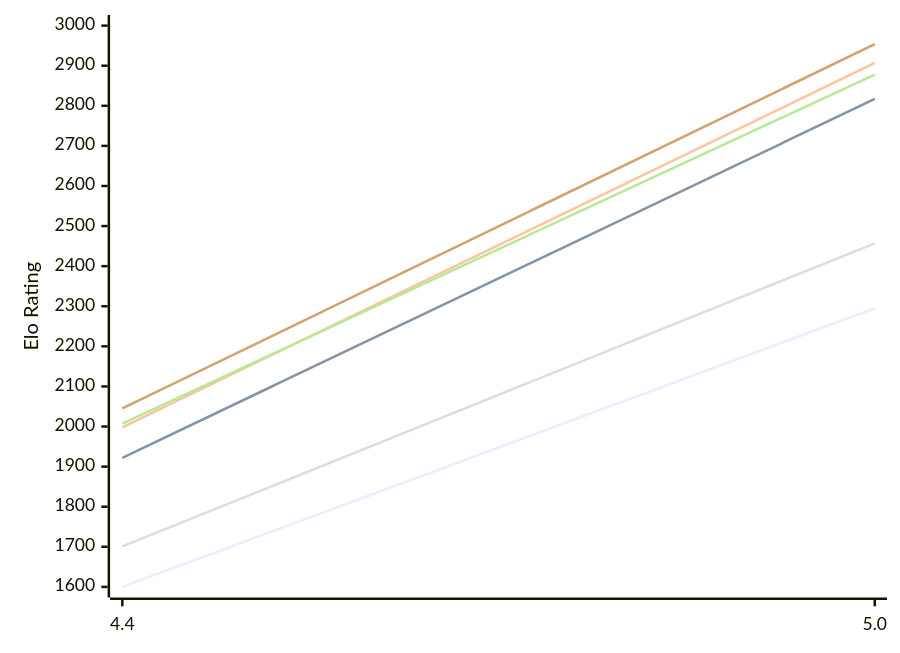
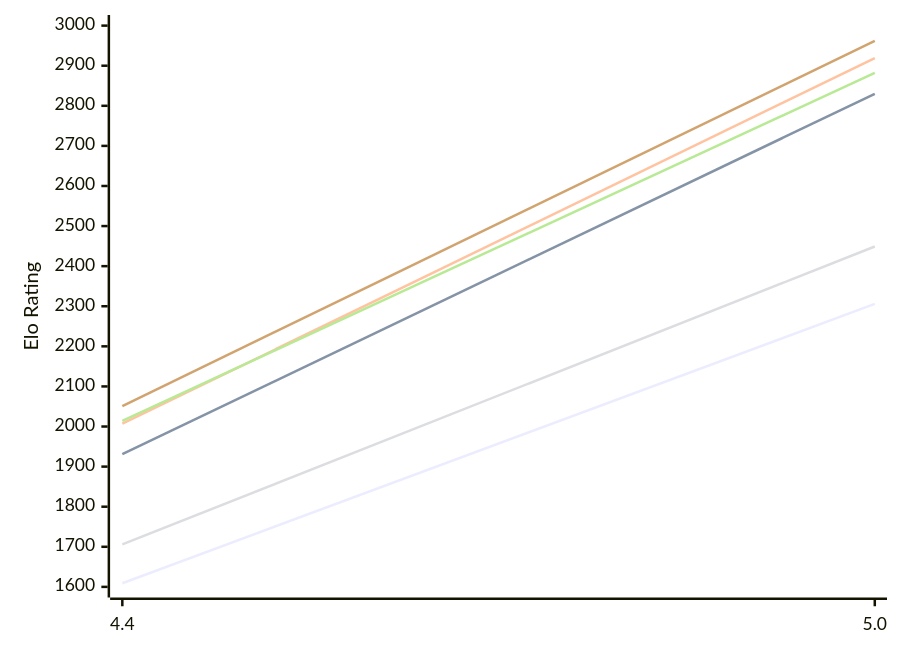
One commit to computer-chess-index/cci changed the first of 2 diagrams in engines/Radiance.md. Above: the diagram before and after it, drawn with Mermaid. The commit also changed other lines of this file, not shown here.

Commit message:
Update CCI Ratings (ELO VLTC) - 2026-10-25

````diff
--- a/engines/Radiance.md
+++ b/engines/Radiance.md
@@ -51,12 +51,12 @@
 ```mermaid
 %%{init: {"theme":"base","themeVariables":{"seriesColors:['#a3a3a3','#222221','#faa371']}}}%%
 xychart-beta
   x-axis ["4.4", "5.0"]
   y-axis "Elo Rating" 1600 --> 3000
-  line "E1: STC (8.0+0.08s)" [1600, 2295]
-  line "E1: LTC (60.0+0.60s)" [1922, 2817]
-  line "E1: VLTC (2m24s+1.12s)" [1998, 2907]
-  line "P1: STC (8.0+0.08s)" [1701, 2457]
-  line "P1: LTC (60.0+0.60s)" [2007, 2878]
-  line "P1: VLTC (2m24s+1.12s)" [2045, 2954]
+  line "E1: STC (8.0+0.08s)" [1609, 2306]
+  line "E1: LTC (60.0+0.60s)" [1931, 2830]
+  line "E1: VLTC (2m24s+1.12s)" [2007, 2919]
+  line "P1: STC (8.0+0.08s)" [1706, 2449]
+  line "P1: LTC (60.0+0.60s)" [2014, 2882]
+  line "P1: VLTC (2m24s+1.12s)" [2051, 2962]
 ```
````
